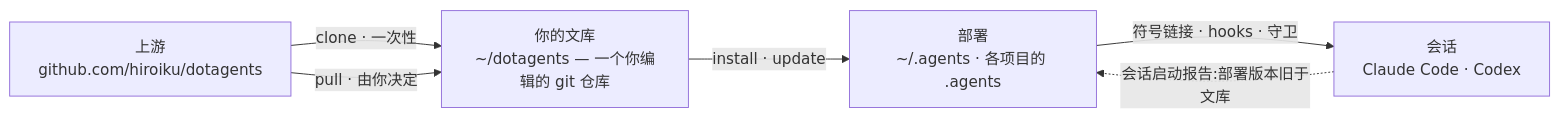
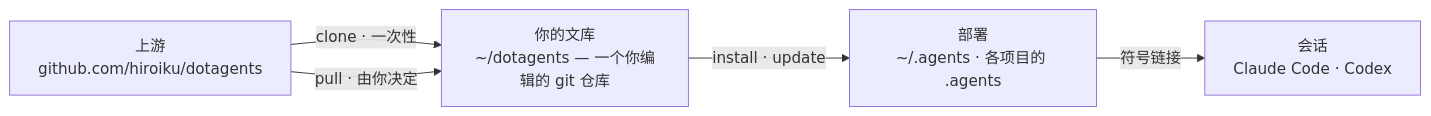
One commit to hiroiku/dotagents changed the diagram in docs/README.zh-CN.md. Above: the diagram before and after it, drawn with Mermaid. The commit also changed other lines of this file and 25 other files, not shown here.

````diff
--- a/docs/README.zh-CN.md
+++ b/docs/README.zh-CN.md
@@ -18,12 +18,11 @@
 ```mermaid
 flowchart LR
     UP["上游<br>github.com/hiroiku/dotagents"]
     C["你的文库<br>~/dotagents — 一个你编辑的 git 仓库"]
     A["部署<br>~/.agents · 各项目的 .agents"]
     S["会话<br>Claude Code · Codex"]
     UP -->|"clone · 一次性"| C
     UP -->|"pull · 由你决定"| C
     C -->|"install · update"| A
-    A -->|"符号链接 · hooks · 守卫"| S
-    S -.->|"会话启动报告:部署版本旧于文库"| A
+    A -->|"符号链接"| S
 ```
````
